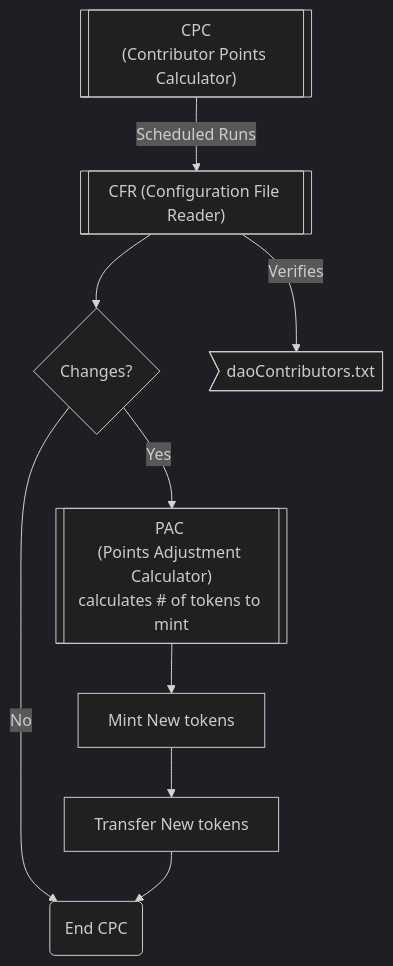
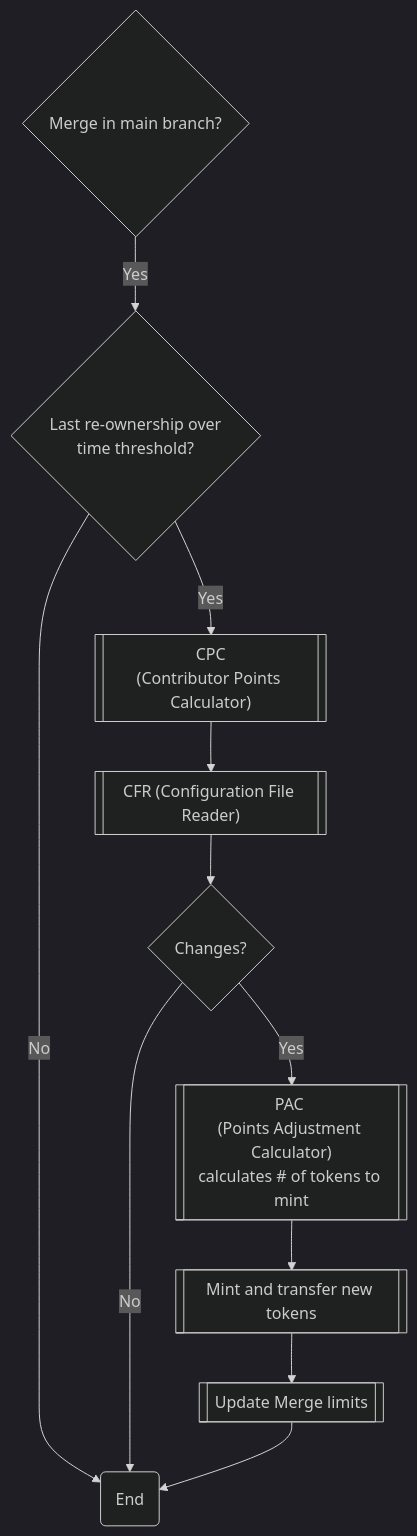
One commit to treboryatska/gitdao changed the fourth of 6 diagrams in README.md. Above: the diagram before and after it, drawn with Mermaid (dark theme). The commit also changed other lines of this file, not shown here.

````diff
--- a/README.md
+++ b/README.md
@@ -116,17 +124,21 @@
 ```mermaid
 graph TD;
-    ENDCPC("End CPC")
     CFR[["CFR (Configuration File Reader)"]]
     CPC[["CPC<br>(Contributor Points Calculator)"]]
     CChanges{Changes?}
-    daoContributors>"daoContributors.txt"]
+    Z[["Update Merge limits"]]
+    End(End)
 
+    A{"Merge in main branch?"}
+    B{"Last re-ownership over<br>time threshold?"}
+    B --> |No| End
+    B --> |Yes| CPC
+    A--> |Yes|B
+    CPC --> CFR
     CFR --> CChanges
-    CChanges -->|No| ENDCPC
+    CChanges -->|No| End
     CChanges -->|Yes| PAC
     PAC[[" PAC <br>(Points Adjustment Calculator)<br>calculates # of tokens to mint"]]--> Mint
-    Mint[Mint New tokens] --> Transfer
-    Transfer[Transfer New tokens] --> ENDCPC
-    CPC -->|Scheduled Runs| CFR
-    CFR -->|Verifies| daoContributors
+    Mint[[Mint and transfer new tokens]] --> Z
+    Z --> End
 ```
````
